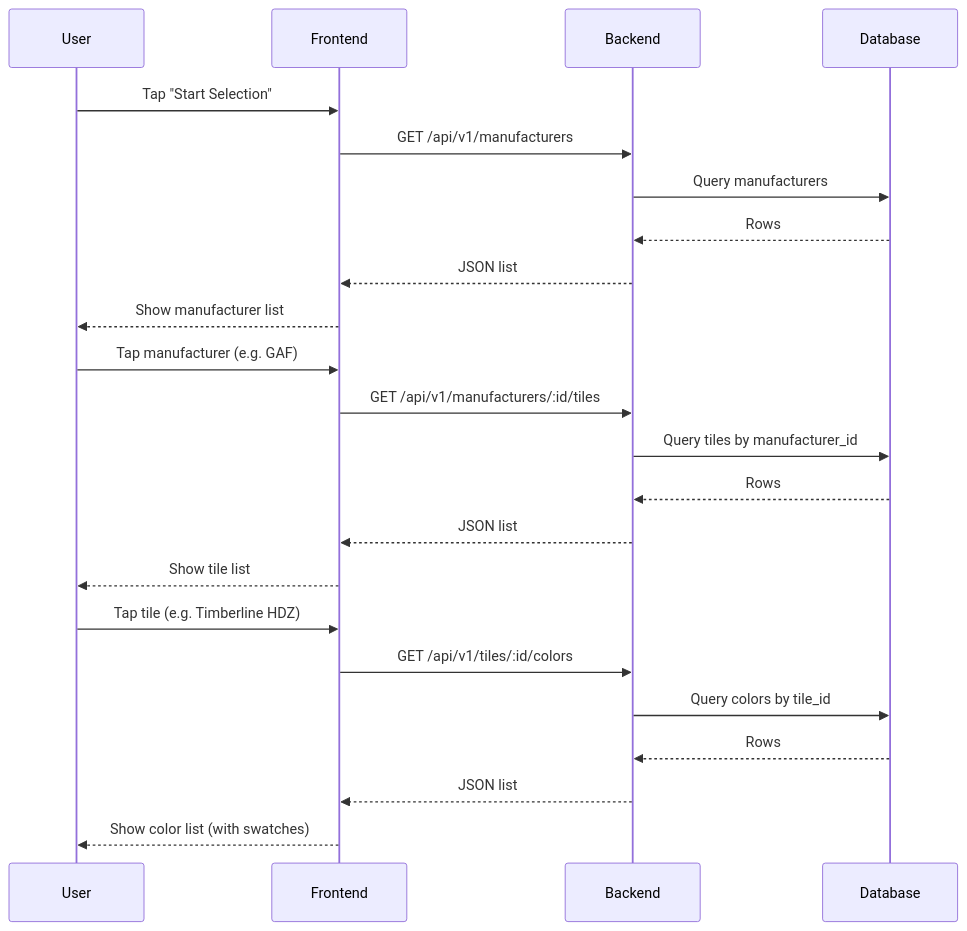
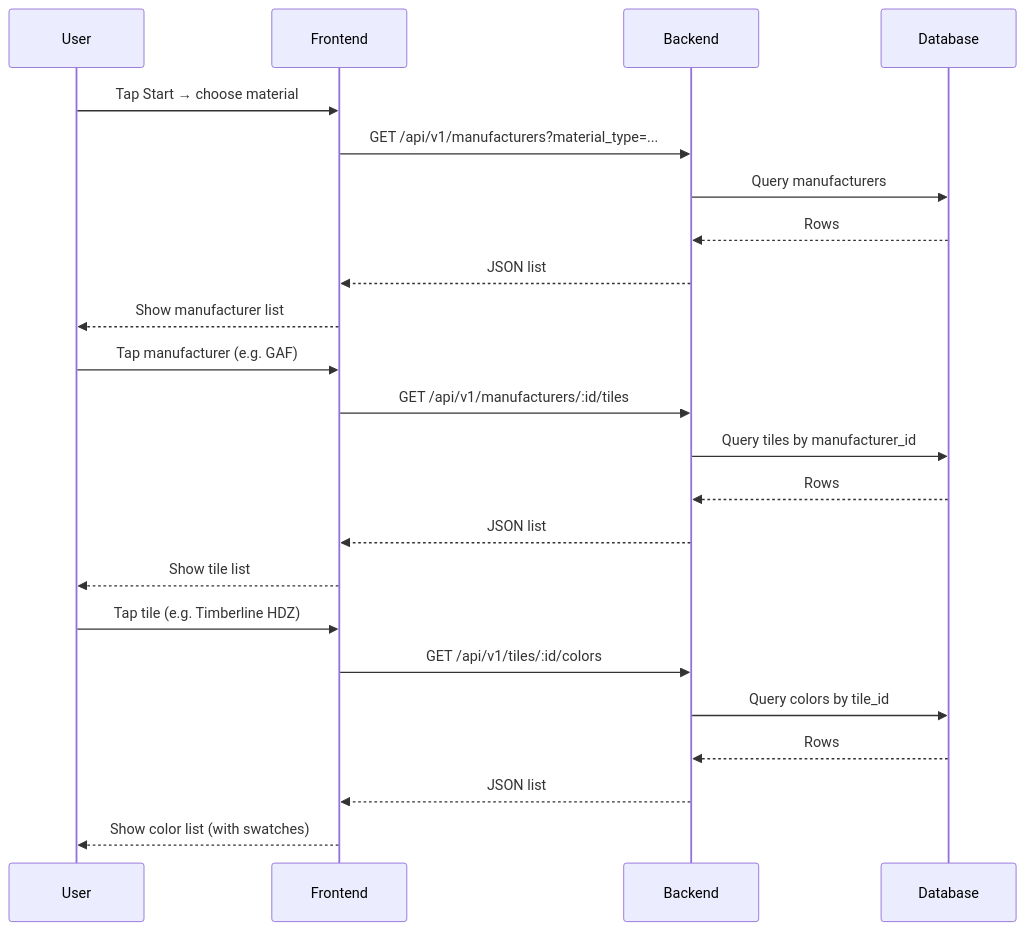
One commit to rohanshenoy145/RoofVision changed the second of 2 diagrams in docs/ARCHITECTURE.md. Above: the diagram before and after it, drawn with Mermaid. The commit also changed other lines of this file and 67 other files, not shown here.

````diff
--- a/docs/ARCHITECTURE.md
+++ b/docs/ARCHITECTURE.md
@@ -82,28 +84,28 @@
 ```mermaid
 sequenceDiagram
     participant U as User
     participant F as Frontend
     participant B as Backend
     participant DB as Database
 
-    U->>F: Tap "Start Selection"
-    F->>B: GET /api/v1/manufacturers
+    U->>F: Tap Start → choose material
+    F->>B: GET /api/v1/manufacturers?material_type=...
     B->>DB: Query manufacturers
     DB-->>B: Rows
     B-->>F: JSON list
     F-->>U: Show manufacturer list
 
     U->>F: Tap manufacturer (e.g. GAF)
     F->>B: GET /api/v1/manufacturers/:id/tiles
     B->>DB: Query tiles by manufacturer_id
     DB-->>B: Rows
     B-->>F: JSON list
     F-->>U: Show tile list
 
     U->>F: Tap tile (e.g. Timberline HDZ)
     F->>B: GET /api/v1/tiles/:id/colors
     B->>DB: Query colors by tile_id
     DB-->>B: Rows
     B-->>F: JSON list
     F-->>U: Show color list (with swatches)
 ```
````
